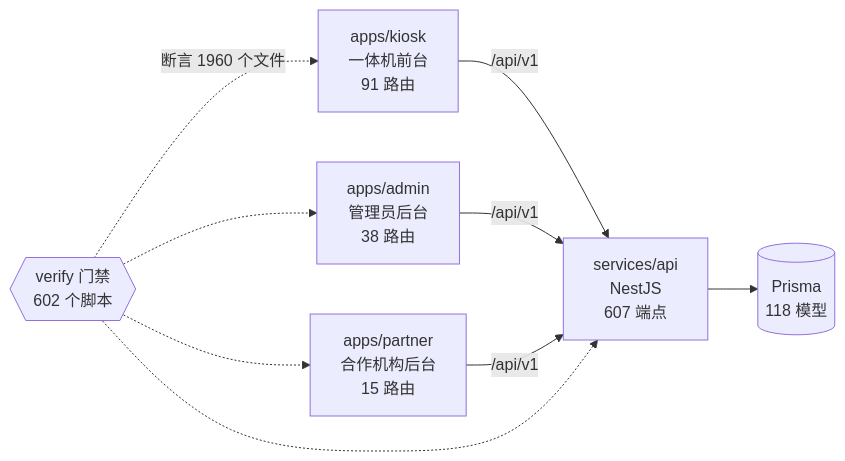
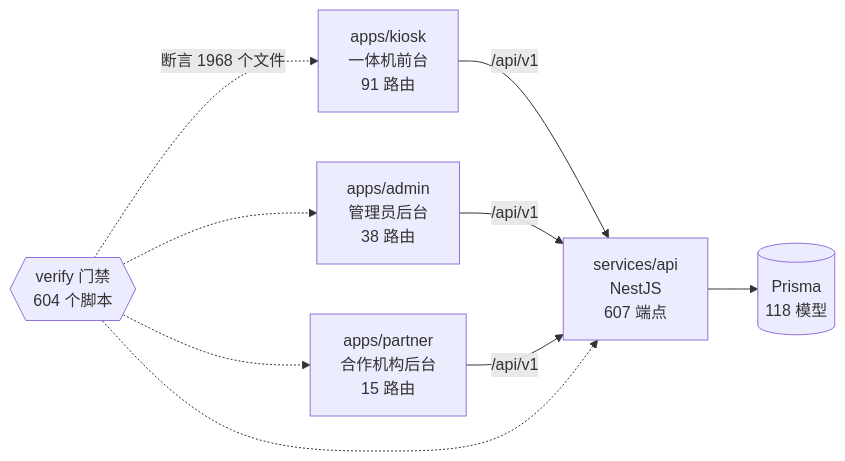
One commit to wanglei581/YITIJI changed the diagram in docs/graph/README.md. Above: the diagram before and after it, drawn with Mermaid. The commit also changed other lines of this file and 1 other file, not shown here.

First line of the commit message:
docs(graph): 并入 origin/main 后重出项目图谱

````diff
--- a/docs/graph/README.md
+++ b/docs/graph/README.md
@@ -68,18 +68,18 @@
 ```mermaid
 flowchart LR
   kiosk["apps/kiosk<br/>一体机前台<br/>91 路由"]
   admin["apps/admin<br/>管理员后台<br/>38 路由"]
   partner["apps/partner<br/>合作机构后台<br/>15 路由"]
   api["services/api<br/>NestJS<br/>607 端点"]
   db[("Prisma<br/>118 模型")]
-  gates{{"verify 门禁<br/>602 个脚本"}}
+  gates{{"verify 门禁<br/>604 个脚本"}}
 
   kiosk -->|"/api/v1"| api
   admin -->|"/api/v1"| api
   partner -->|"/api/v1"| api
   api --> db
-  gates -.->|"断言 1960 个文件"| kiosk
+  gates -.->|"断言 1968 个文件"| kiosk
   gates -.-> admin
   gates -.-> partner
   gates -.-> api
 ```
````
